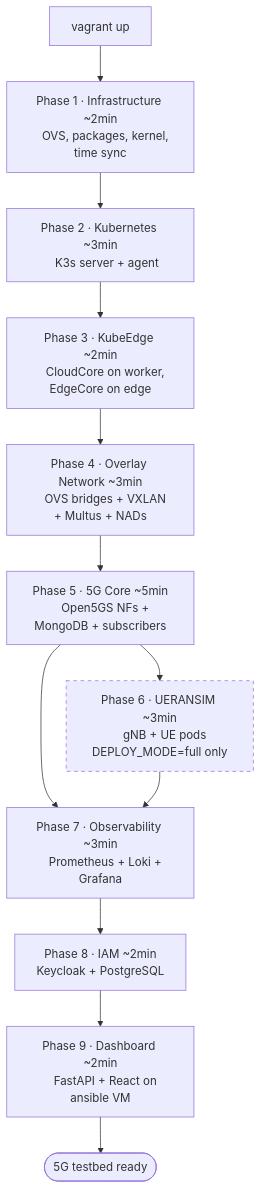
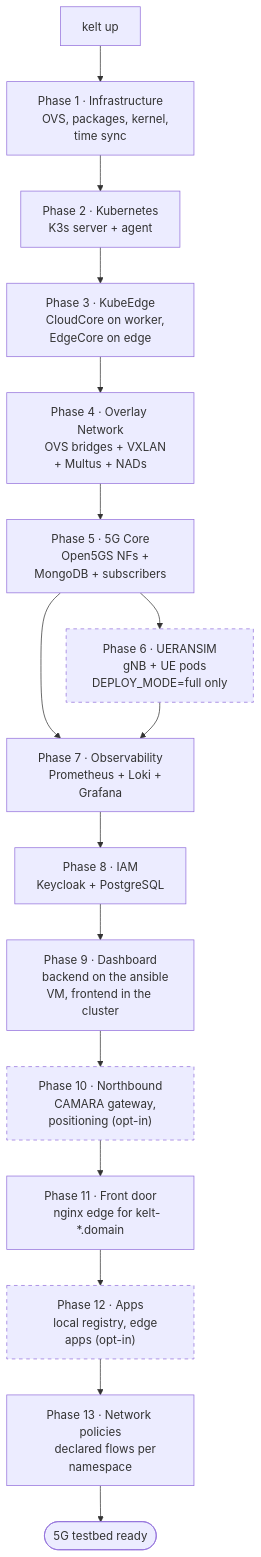
The sixth of 6 diagrams in docs/architecture/overview.md (Jacobbista/kelt), drawn with Mermaid before and after one commit. The commit also changed other lines of this file and 4 other files, not shown here.

Commit message:
docs: descriptive architecture overview, physical RAN guide, naming scheme

````diff
--- a/docs/architecture/overview.md
+++ b/docs/architecture/overview.md
@@ -198,40 +275,54 @@
 ```mermaid
 flowchart TD
-    V["vagrant up"] --> P1
+    V["kelt up"] --> P1
     
-    P1["Phase 1 · Infrastructure ~2min
+    P1["Phase 1 · Infrastructure
     OVS, packages, kernel, time sync"]
     
-    P2["Phase 2 · Kubernetes ~3min
+    P2["Phase 2 · Kubernetes
     K3s server + agent"]
     
-    P3["Phase 3 · KubeEdge ~2min
+    P3["Phase 3 · KubeEdge
     CloudCore on worker, EdgeCore on edge"]
     
-    P4["Phase 4 · Overlay Network ~3min
+    P4["Phase 4 · Overlay Network
     OVS bridges + VXLAN + Multus + NADs"]
     
-    P5["Phase 5 · 5G Core ~5min
+    P5["Phase 5 · 5G Core
     Open5GS NFs + MongoDB + subscribers"]
     
-    P6["Phase 6 · UERANSIM ~3min
+    P6["Phase 6 · UERANSIM
     gNB + UE pods DEPLOY_MODE=full only"]
     
-    P7["Phase 7 · Observability ~3min
+    P7["Phase 7 · Observability
     Prometheus + Loki + Grafana"]
     
-    P8["Phase 8 · IAM ~2min
+    P8["Phase 8 · IAM
     Keycloak + PostgreSQL"]
 
-    P9["Phase 9 · Dashboard ~2min
-    FastAPI + React on ansible VM"]
+    P9["Phase 9 · Dashboard
+    backend on the ansible VM, frontend in the cluster"]
+
+    P10["Phase 10 · Northbound
+    CAMARA gateway, positioning (opt-in)"]
+
+    P11["Phase 11 · Front door
+    nginx edge for kelt-*.domain"]
+
+    P12["Phase 12 · Apps
+    local registry, edge apps (opt-in)"]
+
+    P13["Phase 13 · Network policies
+    declared flows per namespace"]
     DONE(["5G testbed ready"])
 
     P1 --> P2 --> P3 --> P4 --> P5
     P5 --> P6
     P5 --> P7
     P6 --> P7
-    P7 --> P8 --> P9 --> DONE
+    P7 --> P8 --> P9 --> P10 --> P11 --> P12 --> P13 --> DONE
 
     style P6 stroke-dasharray: 5 5
+    style P10 stroke-dasharray: 5 5
+    style P12 stroke-dasharray: 5 5
 ```
````
